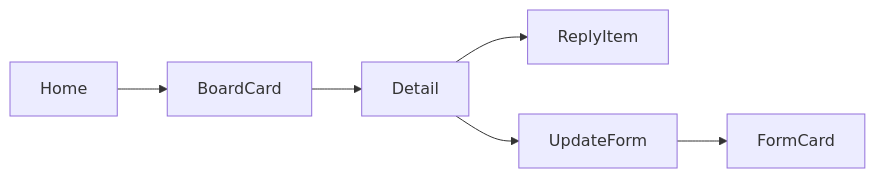
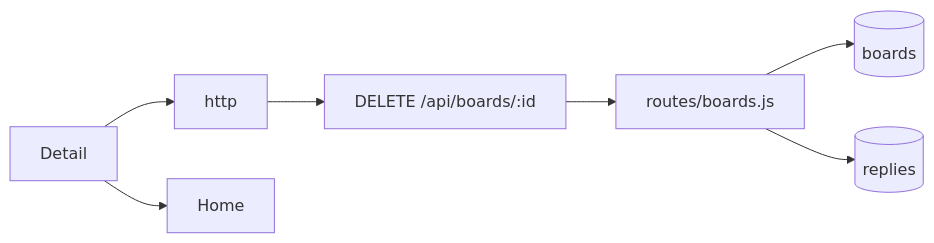
The fifth of 9 diagrams in .projectcode/wiki/scenarios.md (metakit-sorucecode/react-blog), drawn with Mermaid before and after one commit. The commit also changed other lines of this file and 5 other files, not shown here.

````diff
--- a/.projectcode/wiki/scenarios.md
+++ b/.projectcode/wiki/scenarios.md
@@ -72,8 +97,9 @@
 ```mermaid
 flowchart LR
-  A[Home] --> B[BoardCard]
-  B --> C[Detail]
-  C --> D[ReplyItem]
-  C --> E[UpdateForm]
-  E --> F[FormCard]
+  A[Detail] --> B[http]
+  B --> C["DELETE /api/boards/:id"]
+  C --> D[routes/boards.js]
+  D --> E[(boards)]
+  D --> F[(replies)]
+  A --> G[Home]
 ```
````
